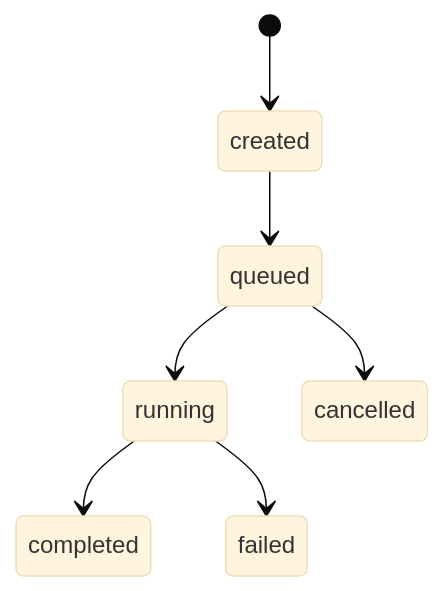
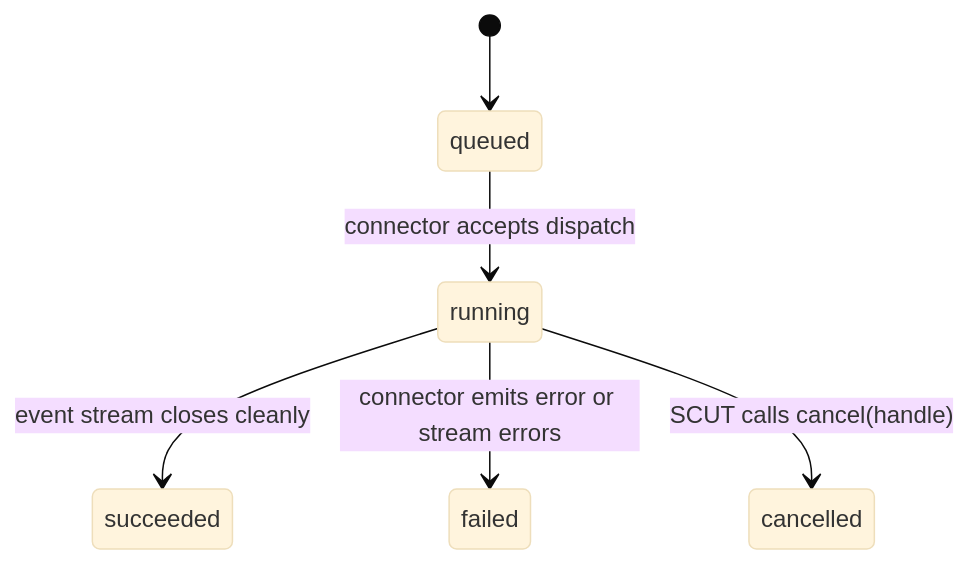
Before and after one commit to eridanilabs/scut: the third of 4 diagrams in docs/spec/spec.md, drawn with Mermaid (base theme). The commit also changed other lines of this file, not shown here.

````diff
--- a/docs/spec/spec.md
+++ b/docs/spec/spec.md
@@ -474,9 +509,8 @@
 ```mermaid
 stateDiagram-v2
-    [*] --> created
-    created --> queued
-    queued --> running
-    queued --> cancelled
-    running --> completed
-    running --> failed
+    [*] --> queued
+    queued --> running: connector accepts dispatch
+    running --> succeeded: event stream closes cleanly
+    running --> failed: connector emits error or stream errors
+    running --> cancelled: SCUT calls cancel(handle)
 ```
````
